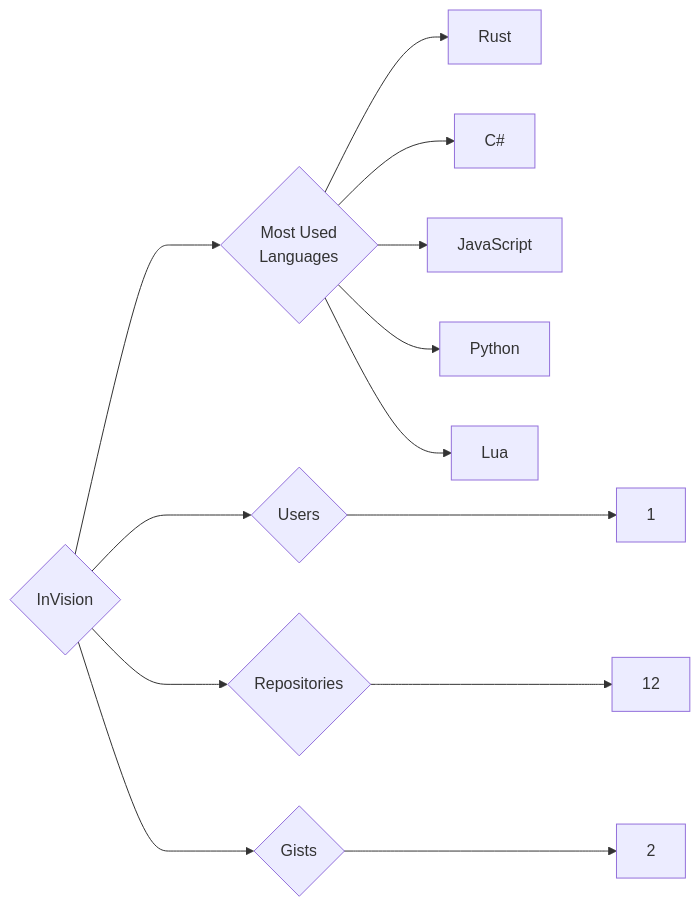
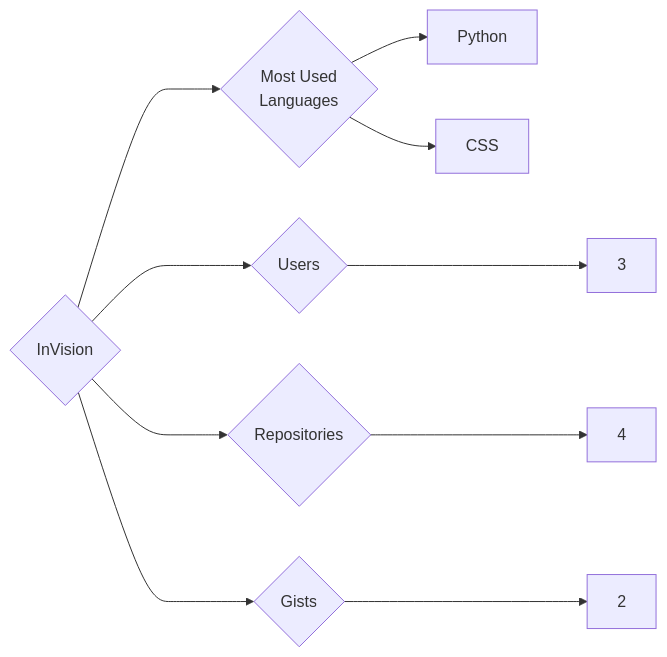
One commit to trickest/insiders changed the diagram in targets/InVision/README.md. Above: the diagram before and after it, drawn with Mermaid. The commit also changed 1003 other files, not shown here.

````diff
--- a/targets/InVision/README.md
+++ b/targets/InVision/README.md
@@ -3,13 +3,10 @@
 ```mermaid
 graph LR
 COMPANY_NAME{InVision}
-COMPANY_NAME ---> U{Users} ---> UN[1]
-COMPANY_NAME ---> R{Repositories} ---> RN[12]
+COMPANY_NAME ---> U{Users} ---> UN[3]
+COMPANY_NAME ---> R{Repositories} ---> RN[4]
 COMPANY_NAME ---> G{Gists} ---> GN[2]
 COMPANY_NAME ---> ML{Most Used<br>Languages}
-ML --> Rust[Rust]
-ML --> C#[C#]
-ML --> JavaScript[JavaScript]
 ML --> Python[Python]
-ML --> Lua[Lua]
+ML --> CSS[CSS]
 ```
````
